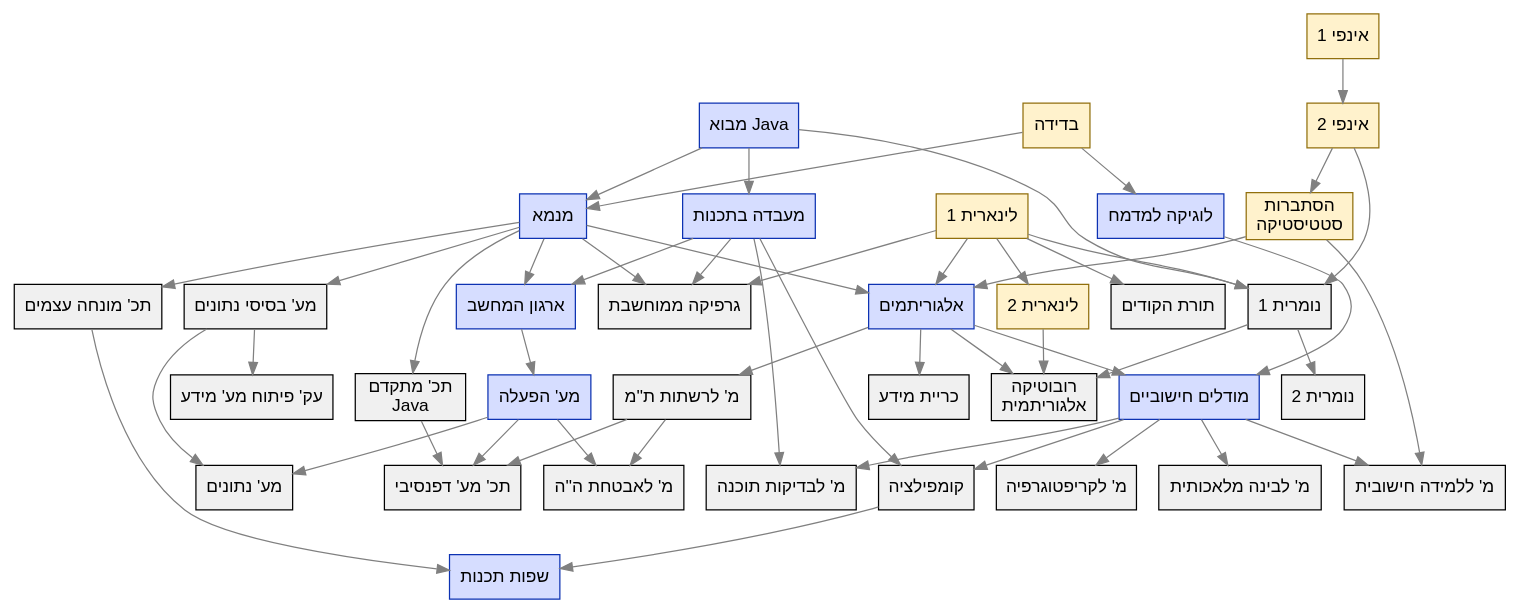
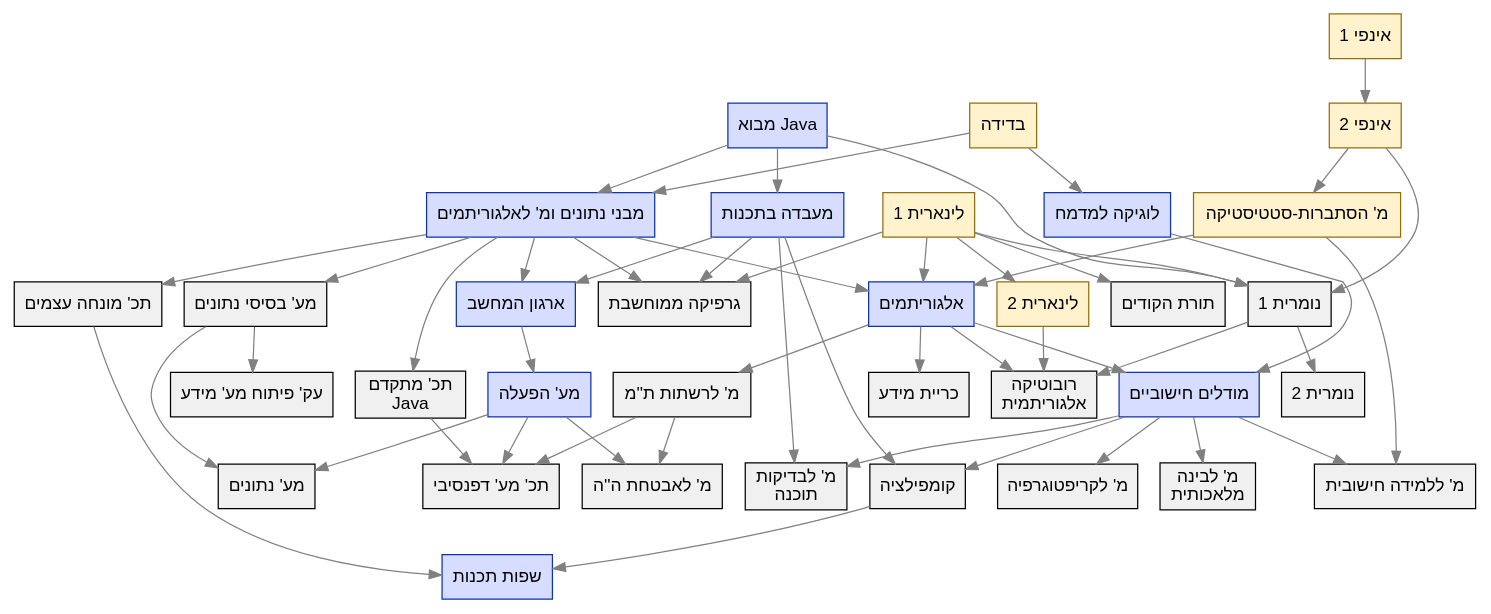
The diagram in diagram.dot (adielBm/cs-course-dependencies), drawn with Graphviz before and after one commit.

```diff
--- a/diagram.dot
+++ b/diagram.dot
@@ -1,97 +1,97 @@
 digraph CoursesDiagram {
     rankdir=TD;
     node [shape=box, style="filled",fontname="Arial"];
     edge [color="gray", penwidth=1];
 
     // Math courses
     node [fillcolor="#FFF2CC", color="#916f0c"];
     "20476" [label="בדידה", URL="https://www.openu.ac.il/courses/20476.htm"];
     "20474" [label="אינפי 1", URL="https://www.openu.ac.il/courses/20474.htm"];
     "20475" [label="אינפי 2", URL="https://www.openu.ac.il/courses/20475.htm"];
     "20109" [label="לינארית 1", URL="https://www.openu.ac.il/courses/20109.htm"];
     "20229" [label="לינארית 2", URL="https://www.openu.ac.il/courses/20229.htm"];
-    "20425" [label="הסתברות\nסטטיסטיקה", URL="https://www.openu.ac.il/courses/20425.htm"];
+    "20425" [label="מ' הסתברות-סטטיסטיקה ", URL="https://www.openu.ac.il/courses/20425.htm"];
 
     // CS courses
     node [fillcolor="#d6ddff", color="#0D32B2"];
-    "20407" [label="מנמא", URL="https://www.openu.ac.il/courses/20407.htm"];
+    "20407" [label="מבני נתונים ומ' לאלגוריתמים", URL="https://www.openu.ac.il/courses/20407.htm"];
     "20905" [label="שפות תכנות", URL="https://www.openu.ac.il/courses/20905.htm"];
     "20471" [label="ארגון המחשב", URL="https://www.openu.ac.il/courses/20471.htm"];
     "20441" [label="מבוא Java", URL="https://www.openu.ac.il/courses/20441.htm"];
     "20465" [label="מעבדה בתכנות", URL="https://www.openu.ac.il/courses/20465.htm",    ];    
     "20417" [label="אלגוריתמים", URL="https://www.openu.ac.il/courses/20417.htm"];
     "20604" [label="מודלים חישוביים", URL="https://www.openu.ac.il/courses/20604.htm"];
     "20466" [label="לוגיקה למדמח", URL="https://www.openu.ac.il/courses/20466.htm"];
     "20594" [label="מע' הפעלה", URL="https://www.openu.ac.il/courses/20594.htm"];
 
     // Elective courses
     node [fillcolor="#f0f0f0", color="black"];
     "20940" [label="מ' לאבטחת ה''ה", URL="https://www.openu.ac.il/courses/20940.htm"];
     "20595" [label="כריית מידע", URL="https://www.openu.ac.il/courses/20595.htm"];
-    "20946" [label="מ' לבדיקות תוכנה", URL="https://www.openu.ac.il/courses/20946.htm"];
+    "20946" [label="מ' לבדיקות\nתוכנה", URL="https://www.openu.ac.il/courses/20946.htm"];
     "20296" [label="תורת הקודים", URL="https://www.openu.ac.il/courses/20296.htm"];
-    "20551" [label="מ' לבינה מלאכותית", URL="https://www.openu.ac.il/courses/20551.htm"];
+    "20551" [label="מ' לבינה\nמלאכותית", URL="https://www.openu.ac.il/courses/20551.htm"];
     "20942" [label="מ' ללמידה חישובית", URL="https://www.openu.ac.il/courses/20942.htm"];
     "20277" [label="מע' בסיסי נתונים", URL="https://www.openu.ac.il/courses/20277.htm"];
     "20582" [label="מ' לרשתות ת''מ", URL="https://www.openu.ac.il/courses/20582.htm"];
     "20944" [label="רובוטיקה\nאלגוריתמית", URL="https://www.openu.ac.il/courses/20944.htm"];
     "20554" [label="תכ' מתקדם \n Java", URL="https://www.openu.ac.il/courses/20554.htm"];
     "20462" [label="נומרית 1", URL="https://www.openu.ac.il/courses/20462.htm"];
     "20900" [label="נומרית 2", URL="https://www.openu.ac.il/courses/20900.htm"];
     "20937" [label="תכ' מע' דפנסיבי", URL="https://www.openu.ac.il/courses/20937.htm"];
     "20562" [label="גרפיקה ממוחשבת", URL="https://www.openu.ac.il/courses/20562.htm"];
     "20580" [label="מ' לקריפטוגרפיה", URL="https://www.openu.ac.il/courses/20580.htm"];
+    "20436" [label="עק' פיתוח מע' מידע", URL="https://www.openu.ac.il/courses/20436.htm"];
     "20906" [label="תכ' מונחה עצמים", URL="https://www.openu.ac.il/courses/20906.htm"];
     "20364" [label="קומפילציה", URL="https://www.openu.ac.il/courses/20364.htm"];
     "20574" [label="מע' נתונים", URL="https://www.openu.ac.il/courses/20574.htm"];
-    "20436" [label="עק' פיתוח מע' מידע", URL="https://www.openu.ac.il/courses/20436.htm"];
 
     // Edges
+    "20441" -> "20407";
     "20465" -> "20471";
-    "20441" -> "20407";
-    "20476" -> "20466";
     "20441" -> "20465";
     "20594" -> "20940";
     "20474" -> "20475" -> "20425";
     "20466" -> "20604";
-    "20109" -> "20296";
+    "20476" -> "20466";
     "20407" -> "20277";
     "20604" -> "20942";
     "20471" -> "20594";
+    "20109" -> "20296";
     "20109" -> "20229";
     "20425" -> "20417";
     "20109" -> "20417";
     "20407" -> "20417" -> "20604";
     "20417" -> "20595";
     "20582" -> "20940";
     "20604" -> "20551";
     "20417" -> "20582";
     "20476" -> "20407";
     "20465" -> "20946";
     "20465" -> "20364";
     "20407" -> "20471";
     "20604" -> "20946";
     "20417" -> "20944";
     "20277" -> "20436";
     "20594" -> "20574";
     "20441" -> "20462";
     "20475" -> "20462";
     "20109" -> "20462";
     "20407" -> "20554";
     "20594" -> "20937";
     "20582" -> "20937";
     "20109" -> "20562";
     "20465" -> "20562";
     "20407" -> "20562";
     "20604" -> "20580";
     "20554" -> "20937";
     "20407" -> "20906";
     "20604" -> "20364";
     "20277" -> "20574";
     "20425" -> "20942";
     "20462" -> "20900";
     "20462" -> "20944";
     "20906" -> "20905";
     "20364" -> "20905";
     "20229" -> "20944";
 }
```
